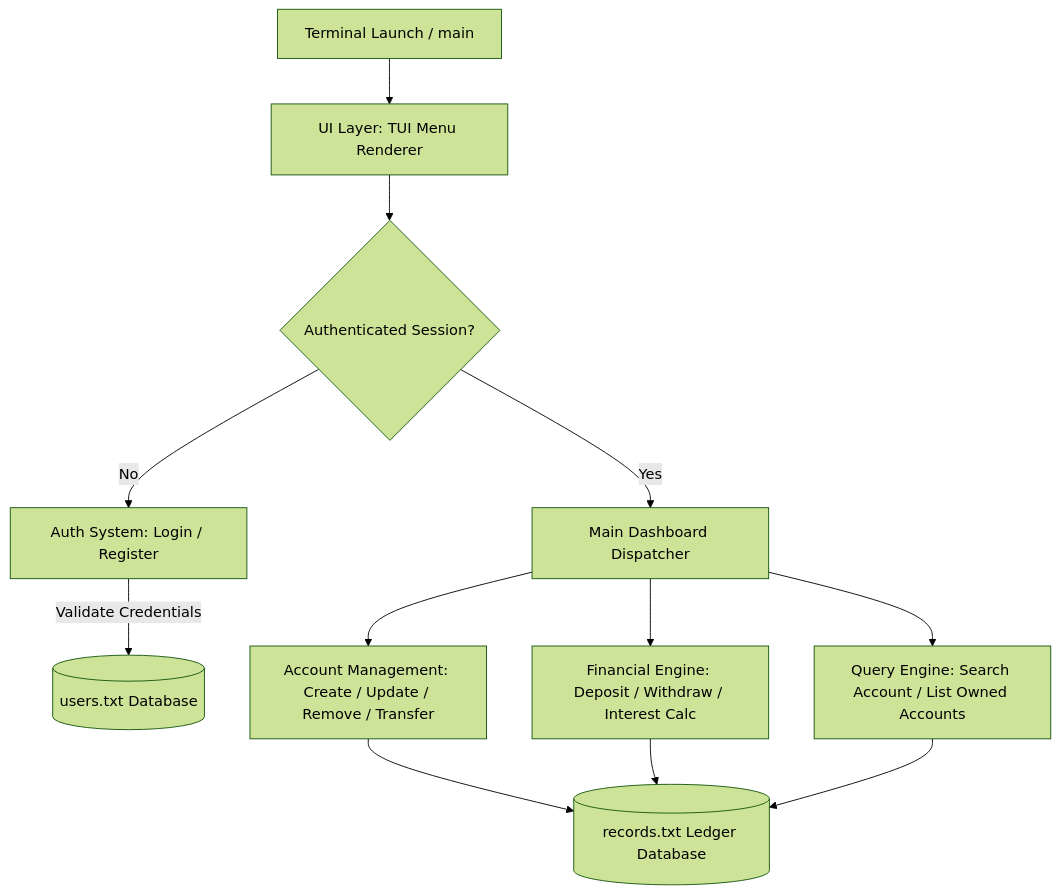
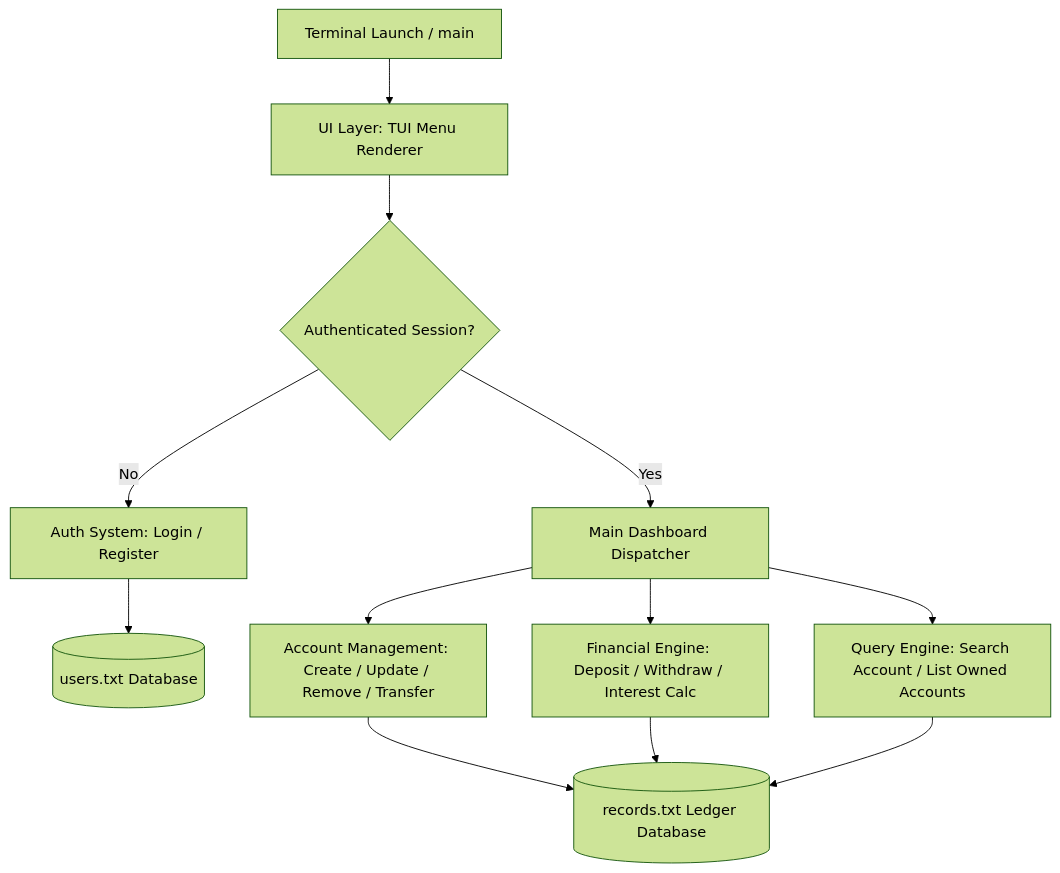
One commit to sahmedhusain/apex-vault changed the first of 2 diagrams in README.md. Above: the diagram before and after it, drawn with Mermaid (forest theme). The commit also changed other lines of this file, not shown here.

Commit message:
docs: Add TUI terminal previews and refine Mermaid syntax

````diff
--- a/README.md
+++ b/README.md
@@ -35,15 +94,17 @@
 ```mermaid
 graph TD
-    A[Terminal Launch / main] --> B[UI Layer: TUI Menu Renderer]
-    B --> C{Authenticated Session?}
+    A["Terminal Launch / main"] --> B["UI Layer: TUI Menu Renderer"]
+    B --> C{"Authenticated Session?"}
     
-    C -- No --> D[Auth System: Login / Register]
-    D -->|Validate Credentials| E[(users.txt Database)]
+    C -- No --> D["Auth System: Login / Register"]
+    D --> E[("users.txt Database")]
     
-    C -- Yes --> F[Main Dashboard Dispatcher]
-    F --> G1[Account Management: Create / Update / Remove / Transfer]
-    F --> G2[Financial Engine: Deposit / Withdraw / Interest Calc]
-    F --> G3[Query Engine: Search Account / List Owned Accounts]
+    C -- Yes --> F["Main Dashboard Dispatcher"]
+    F --> G1["Account Management: Create / Update / Remove / Transfer"]
+    F --> G2["Financial Engine: Deposit / Withdraw / Interest Calc"]
+    F --> G3["Query Engine: Search Account / List Owned Accounts"]
     
-    G1 & G2 & G3 --> H[(records.txt Ledger Database)]
+    G1 --> H[("records.txt Ledger Database")]
+    G2 --> H
+    G3 --> H
 ```
````
